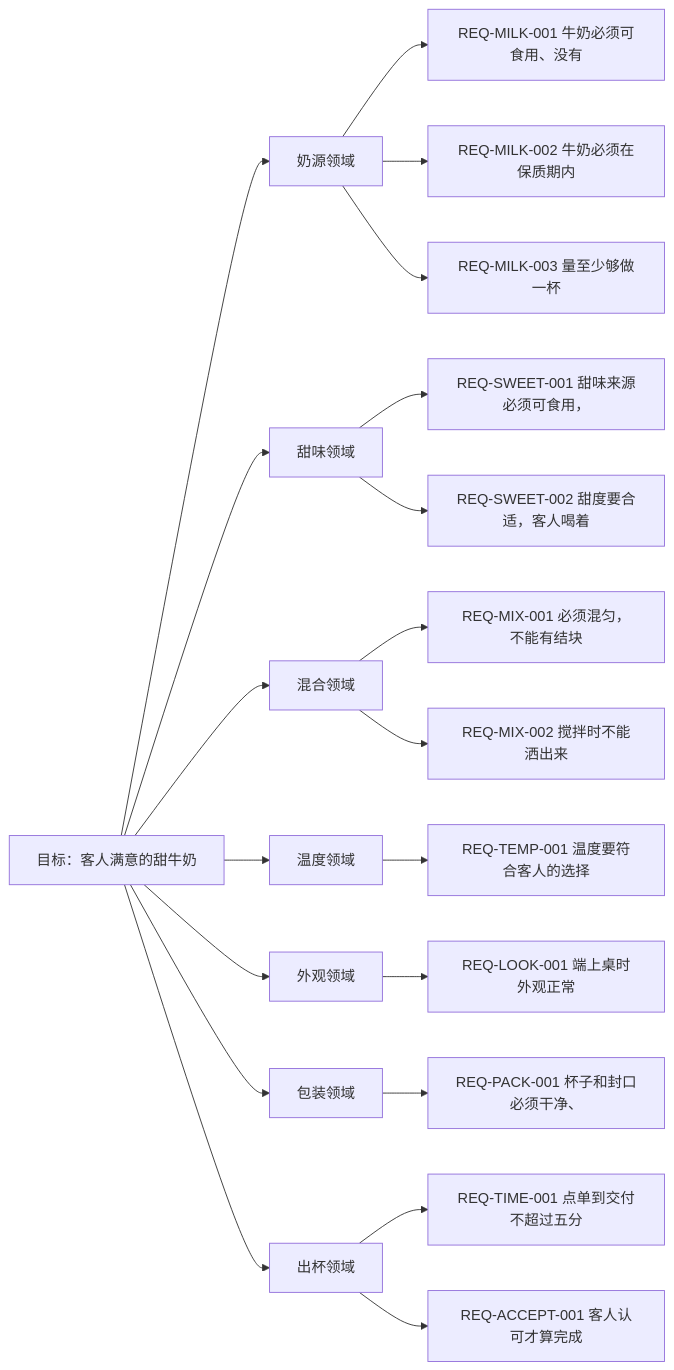
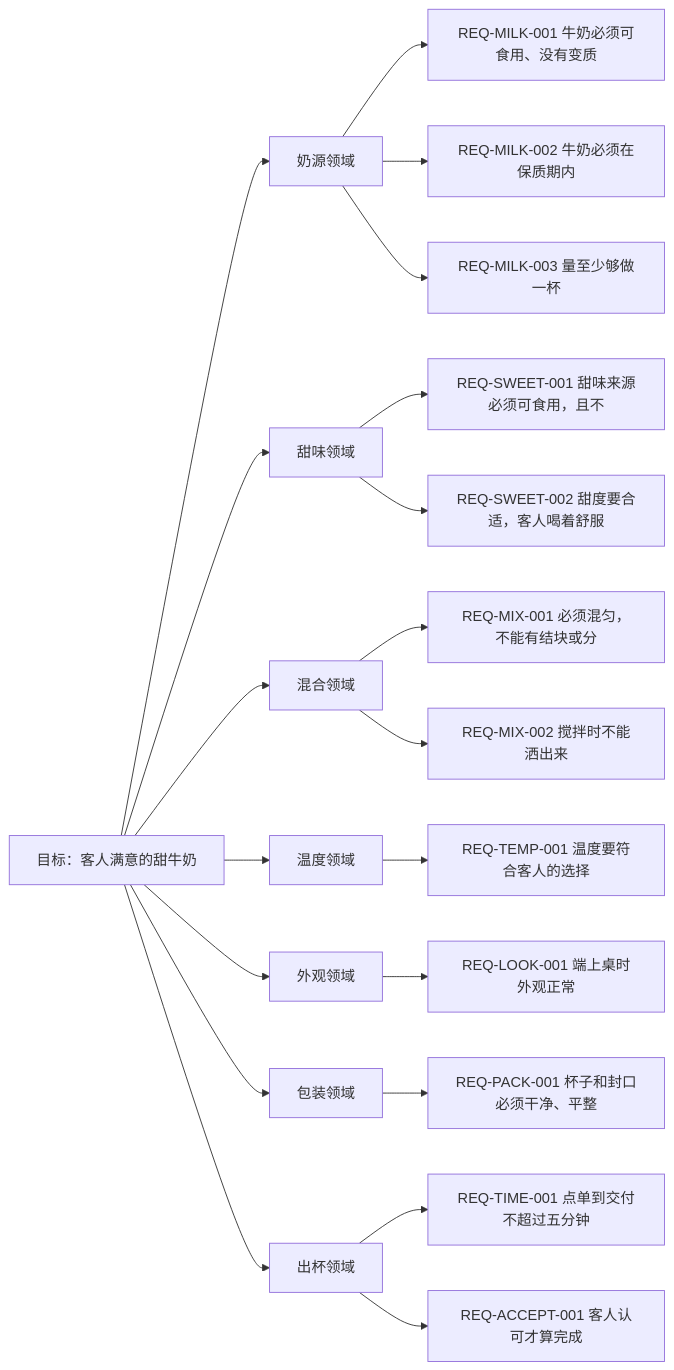
Before and after one commit to morewhyhan/Ignite: the diagram in docs/GOAL-milk.md, drawn with Mermaid. The commit also changed other lines of this file and 1 other file, not shown here.

Commit message:
docs: map every milk acceptance criterion to a test case

````diff
--- a/docs/GOAL-milk.md
+++ b/docs/GOAL-milk.md
@@ -8,42 +8,42 @@
 ```mermaid
 flowchart LR
   G["目标：客人满意的甜牛奶"]
   D1["奶源领域"]
   G --> D1
   D2["甜味领域"]
   G --> D2
   D3["混合领域"]
   G --> D3
   D4["温度领域"]
   G --> D4
   D5["外观领域"]
   G --> D5
   D6["包装领域"]
   G --> D6
   D7["出杯领域"]
   G --> D7
-  R1["REQ-MILK-001 牛奶必须可食用、没有"]
+  R1["REQ-MILK-001 牛奶必须可食用、没有变质"]
   D1 --> R1
   R2["REQ-MILK-002 牛奶必须在保质期内"]
   D1 --> R2
   R3["REQ-MILK-003 量至少够做一杯"]
   D1 --> R3
-  R4["REQ-SWEET-001 甜味来源必须可食用，"]
+  R4["REQ-SWEET-001 甜味来源必须可食用，且不"]
   D2 --> R4
-  R5["REQ-SWEET-002 甜度要合适，客人喝着"]
+  R5["REQ-SWEET-002 甜度要合适，客人喝着舒服"]
   D2 --> R5
-  R6["REQ-MIX-001 必须混匀，不能有结块"]
+  R6["REQ-MIX-001 必须混匀，不能有结块或分"]
   D3 --> R6
   R7["REQ-MIX-002 搅拌时不能洒出来"]
   D3 --> R7
   R8["REQ-TEMP-001 温度要符合客人的选择"]
   D4 --> R8
   R9["REQ-LOOK-001 端上桌时外观正常"]
   D5 --> R9
-  R10["REQ-PACK-001 杯子和封口必须干净、"]
+  R10["REQ-PACK-001 杯子和封口必须干净、平整"]
   D6 --> R10
-  R11["REQ-TIME-001 点单到交付不超过五分"]
+  R11["REQ-TIME-001 点单到交付不超过五分钟"]
   D7 --> R11
   R12["REQ-ACCEPT-001 客人认可才算完成"]
   D7 --> R12
 ```
````
